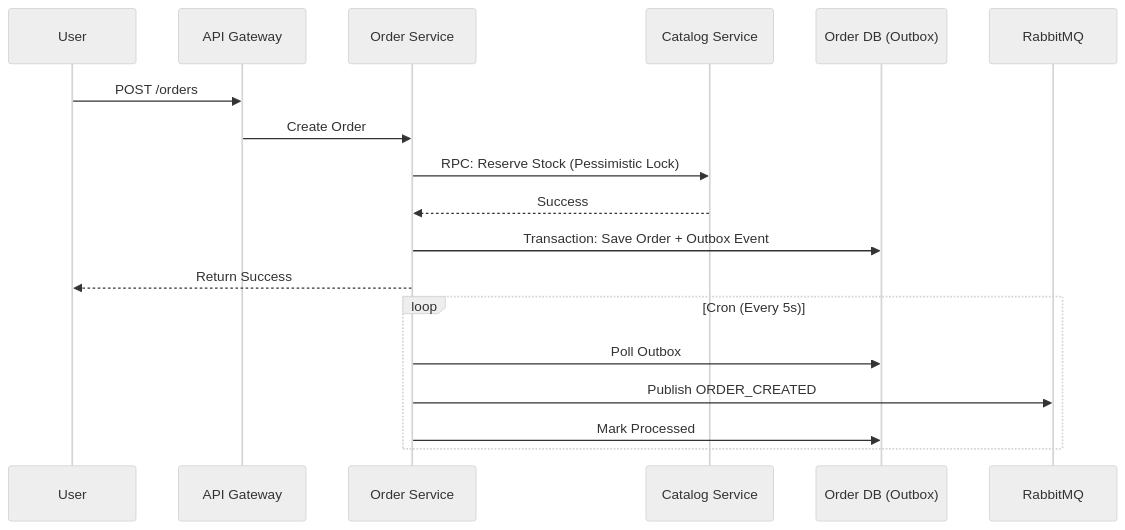
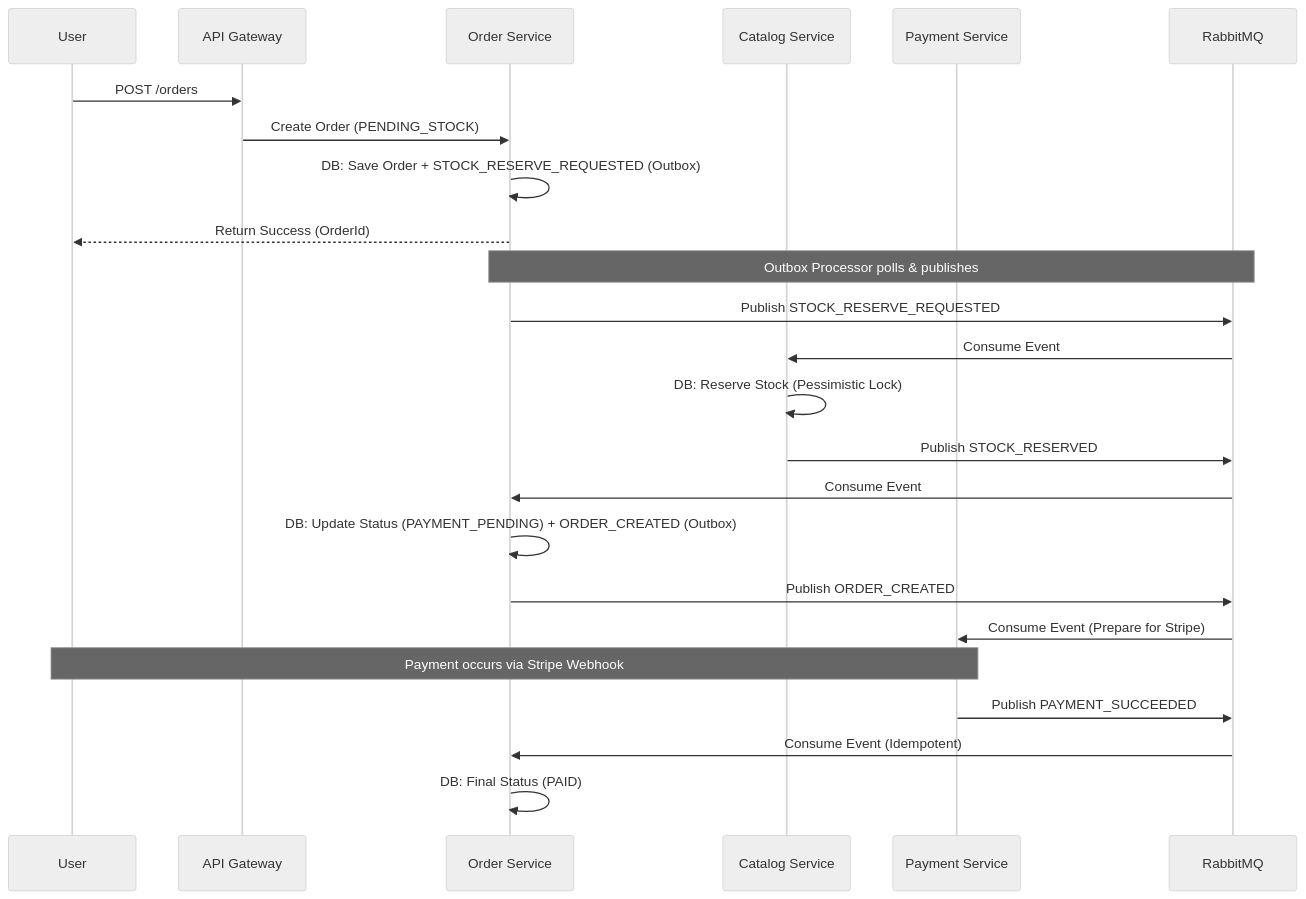
The second of 2 diagrams in README.md (AmitxParmar/modular-mart-microservices), drawn with Mermaid (neutral theme) before and after one commit. The commit also changed other lines of this file and 52 other files, not shown here.

````diff
--- a/README.md
+++ b/README.md
@@ -82,22 +85,32 @@
 ```mermaid
 sequenceDiagram
     participant U as User
     participant Gateway as API Gateway
     participant Order as Order Service
     participant Catalog as Catalog Service
-    participant DB as Order DB (Outbox)
+    participant Payment as Payment Service
     participant RMQ as RabbitMQ
 
     U->>Gateway: POST /orders
-    Gateway->>Order: Create Order
-    Order->>Catalog: RPC: Reserve Stock (Pessimistic Lock)
-    Catalog-->>Order: Success
-    Order->>DB: Transaction: Save Order + Outbox Event
-    Order-->>U: Return Success
+    Gateway->>Order: Create Order (PENDING_STOCK)
+    Order->>Order: DB: Save Order + STOCK_RESERVE_REQUESTED (Outbox)
+    Order-->>U: Return Success (OrderId)
+
+    Note over Order,RMQ: Outbox Processor polls & publishes
+    Order->>RMQ: Publish STOCK_RESERVE_REQUESTED
+    RMQ->>Catalog: Consume Event
     
-    loop Cron (Every 5s)
-        Order->>DB: Poll Outbox
-        Order->>RMQ: Publish ORDER_CREATED
-        Order->>DB: Mark Processed
-    end
+    Catalog->>Catalog: DB: Reserve Stock (Pessimistic Lock)
+    Catalog->>RMQ: Publish STOCK_RESERVED
+    
+    RMQ->>Order: Consume Event
+    Order->>Order: DB: Update Status (PAYMENT_PENDING) + ORDER_CREATED (Outbox)
+    Order->>RMQ: Publish ORDER_CREATED
+    
+    RMQ->>Payment: Consume Event (Prepare for Stripe)
+    
+    Note over Payment,U: Payment occurs via Stripe Webhook
+    Payment->>RMQ: Publish PAYMENT_SUCCEEDED
+    RMQ->>Order: Consume Event (Idempotent)
+    Order->>Order: DB: Final Status (PAID)
 ```
````
